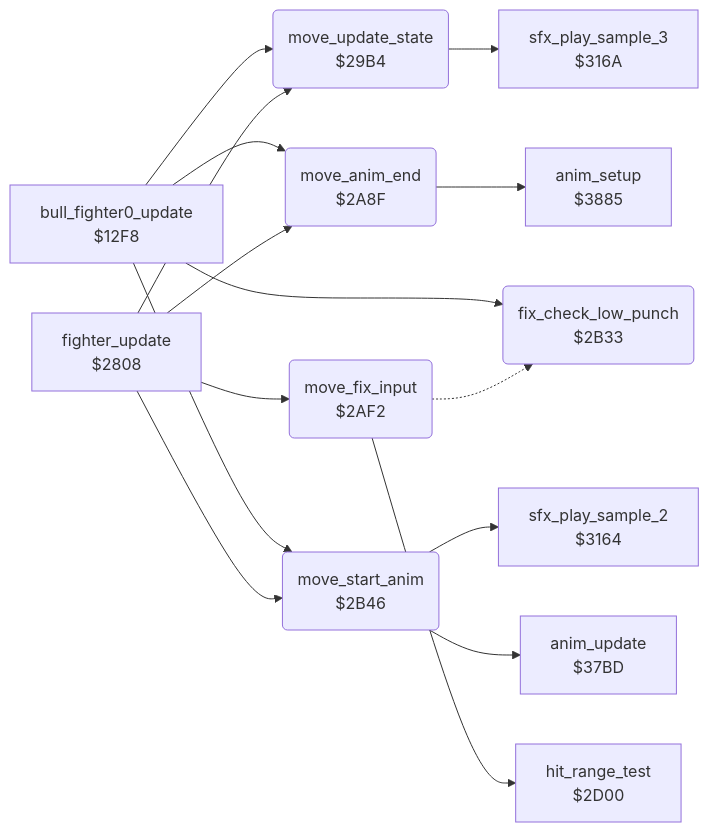
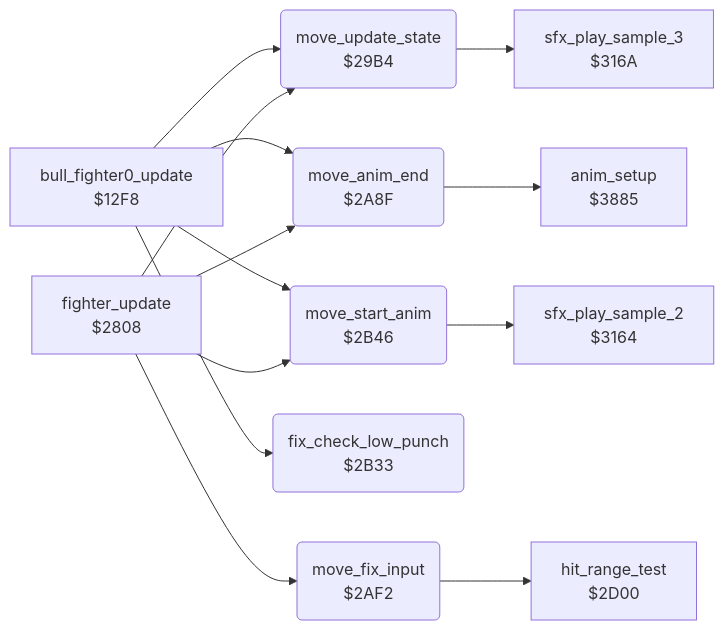
One commit to henols/c64_games changed the diagram in exploding_fist/v2/docs/reference/modules/fighter/fighter_moves.md. Above: the diagram before and after it, drawn with Mermaid. The commit also changed other lines of this file and 319 other files, not shown here.

````diff
--- a/exploding_fist/v2/docs/reference/modules/fighter/fighter_moves.md
+++ b/exploding_fist/v2/docs/reference/modules/fighter/fighter_moves.md
@@ -10,29 +20,26 @@
 ```mermaid
 flowchart LR
   n12f8["bull_fighter0_update<br/>$12F8"]
   n2808["fighter_update<br/>$2808"]
   n29b4("move_update_state<br/>$29B4")
   n2a8f("move_anim_end<br/>$2A8F")
   n2af2("move_fix_input<br/>$2AF2")
   n2b33("fix_check_low_punch<br/>$2B33")
   n2b46("move_start_anim<br/>$2B46")
   n2d00["hit_range_test<br/>$2D00"]
   n3164["sfx_play_sample_2<br/>$3164"]
   n316a["sfx_play_sample_3<br/>$316A"]
-  n37bd["anim_update<br/>$37BD"]
   n3885["anim_setup<br/>$3885"]
   n12f8 --> n29b4
   n12f8 --> n2a8f
   n12f8 --> n2b33
   n12f8 --> n2b46
   n2808 --> n29b4
   n2808 --> n2a8f
   n2808 --> n2af2
   n2808 --> n2b46
   n29b4 --> n316a
   n2a8f --> n3885
-  n2af2 -.-> n2b33
   n2af2 --> n2d00
   n2b46 --> n3164
-  n2b46 --> n37bd
 ```
````
